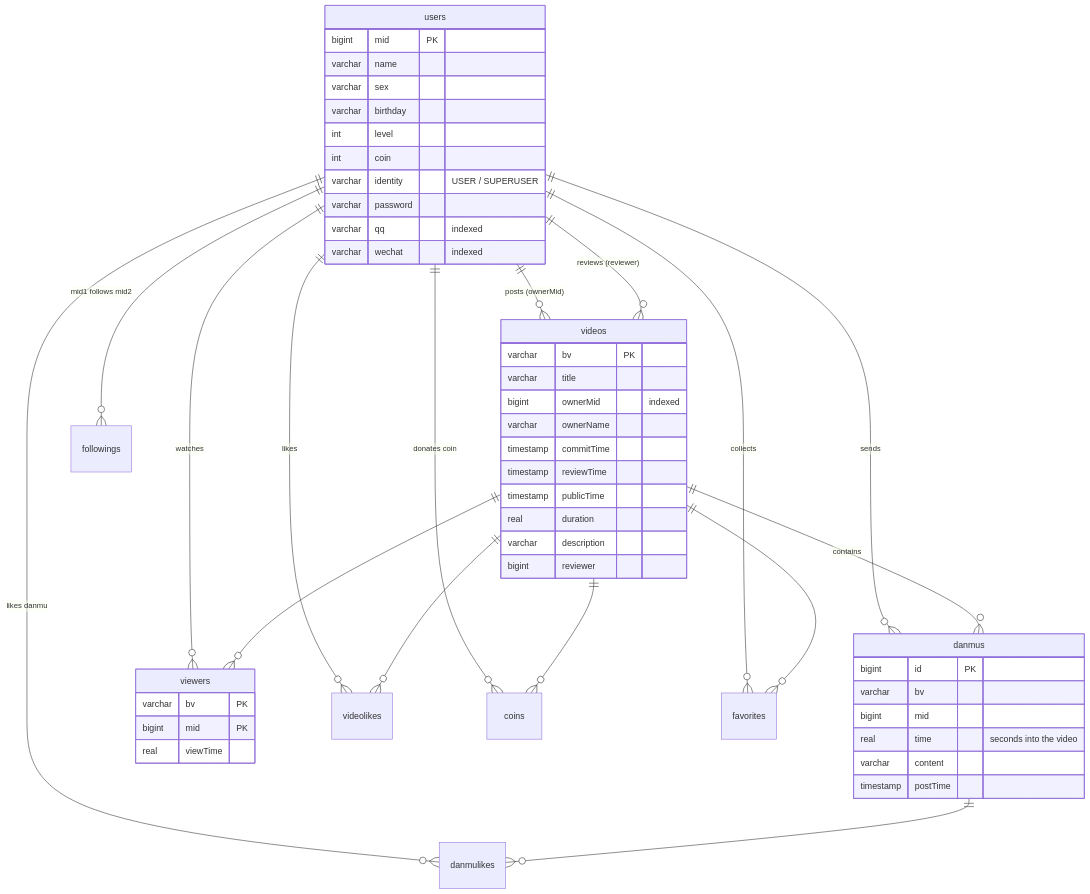
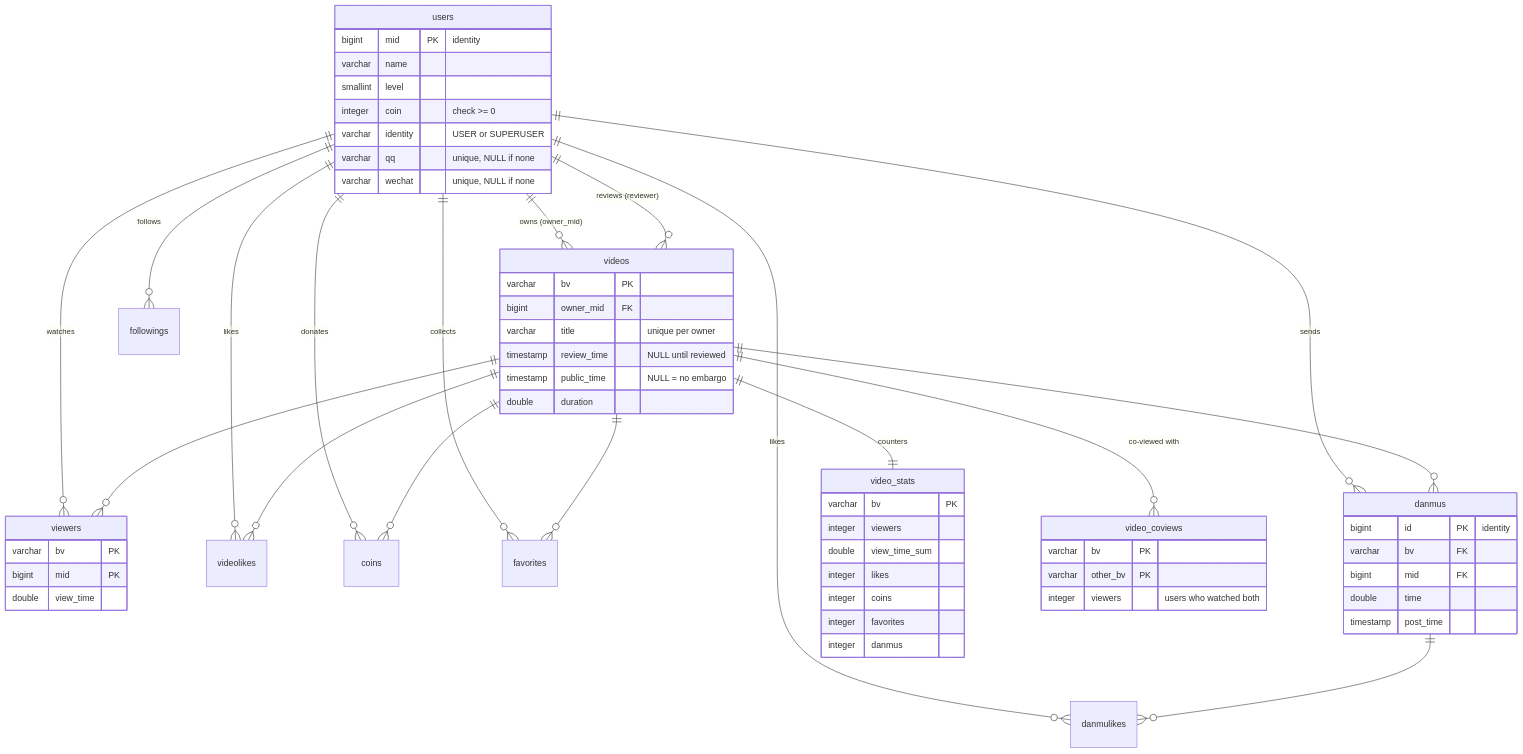
One commit to smallfishsworld/Video-Sharing-Platform-Database-System changed the second of 2 diagrams in README.md. Above: the diagram before and after it, drawn with Mermaid. The commit also changed other lines of this file and 19 other files, not shown here.

````diff
--- a/README.md
+++ b/README.md
@@ -46,56 +68,64 @@
 ```mermaid
 erDiagram
-    users ||--o{ videos : "posts (ownerMid)"
+    users ||--o{ videos : "owns (owner_mid)"
     users ||--o{ videos : "reviews (reviewer)"
+    users ||--o{ followings : "follows"
+    users ||--o{ viewers : "watches"
+    users ||--o{ videolikes : "likes"
+    users ||--o{ coins : "donates"
+    users ||--o{ favorites : "collects"
     users ||--o{ danmus : "sends"
-    videos ||--o{ danmus : "contains"
-    users ||--o{ followings : "mid1 follows mid2"
-    users ||--o{ viewers : "watches"
+    users ||--o{ danmulikes : "likes"
     videos ||--o{ viewers : ""
-    users ||--o{ videolikes : "likes"
     videos ||--o{ videolikes : ""
-    users ||--o{ coins : "donates coin"
     videos ||--o{ coins : ""
-    users ||--o{ favorites : "collects"
     videos ||--o{ favorites : ""
-    users ||--o{ danmulikes : "likes danmu"
+    videos ||--o{ danmus : ""
     danmus ||--o{ danmulikes : ""
+    videos ||--|| video_stats : "counters"
+    videos ||--o{ video_coviews : "co-viewed with"
 
     users {
-        bigint mid PK
+        bigint mid PK "identity"
         varchar name
-        varchar sex
-        varchar birthday
-        int level
-        int coin
-        varchar identity "USER / SUPERUSER"
-        varchar password
-        varchar qq "indexed"
-        varchar wechat "indexed"
+        smallint level
+        integer coin "check >= 0"
+        varchar identity "USER or SUPERUSER"
+        varchar qq "unique, NULL if none"
+        varchar wechat "unique, NULL if none"
     }
     videos {
         varchar bv PK
-        varchar title
-        bigint ownerMid "indexed"
-        varchar ownerName
-        timestamp commitTime
-        timestamp reviewTime
-        timestamp publicTime
-        real duration
-        varchar description
-        bigint reviewer
-    }
-    danmus {
-        bigint id PK
-        varchar bv
-        bigint mid
-        real time "seconds into the video"
-        varchar content
-        timestamp postTime
+        bigint owner_mid FK
+        varchar title "unique per owner"
+        timestamp review_time "NULL until reviewed"
+        timestamp public_time "NULL = no embargo"
+        double duration
     }
     viewers {
         varchar bv PK
         bigint mid PK
-        real viewTime
+        double view_time
+    }
+    danmus {
+        bigint id PK "identity"
+        varchar bv FK
+        bigint mid FK
+        double time
+        timestamp post_time
+    }
+    video_stats {
+        varchar bv PK
+        integer viewers
+        double view_time_sum
+        integer likes
+        integer coins
+        integer favorites
+        integer danmus
+    }
+    video_coviews {
+        varchar bv PK
+        varchar other_bv PK
+        integer viewers "users who watched both"
     }
 ```
````
